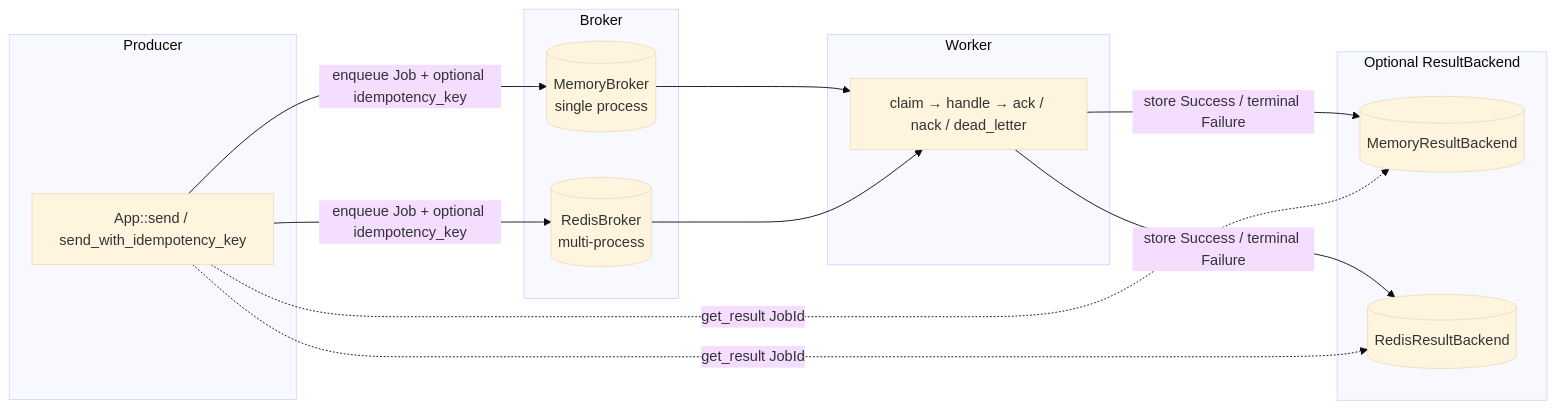
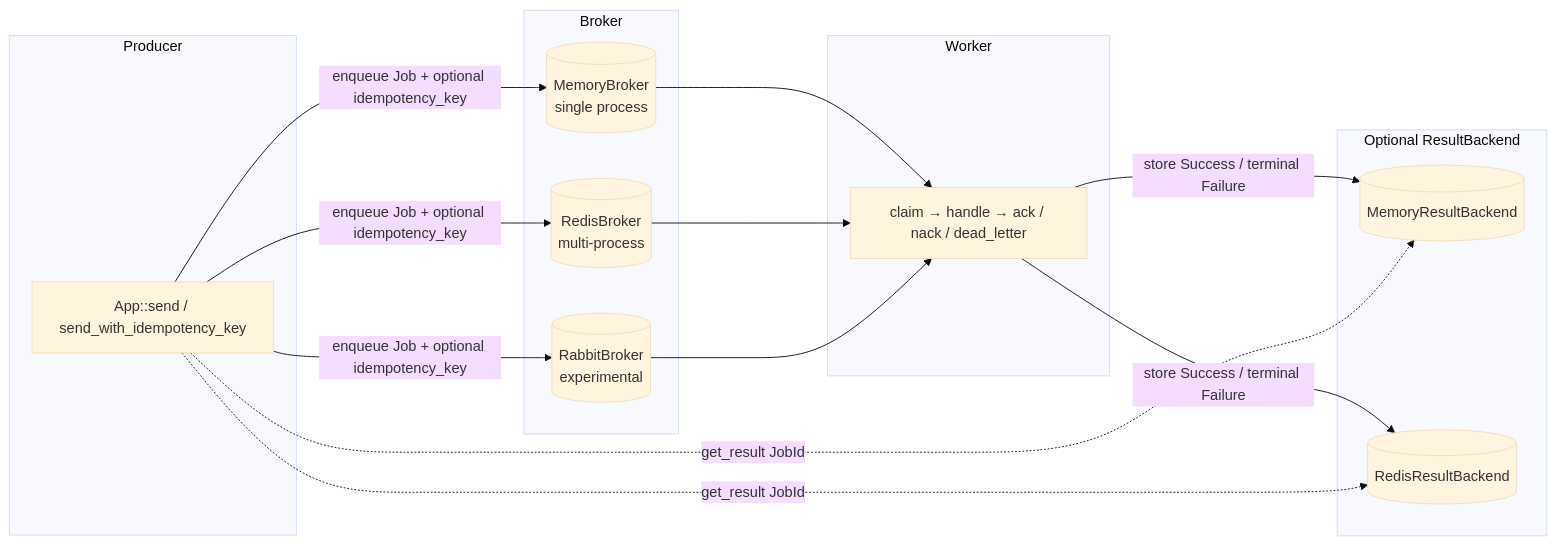
The first of 2 diagrams in docs/ARCHITECTURE.md (DavillyDevTeam/capivara-rs), drawn with Mermaid (base theme) before and after one commit. The commit also changed other lines of this file and 4 other files, not shown here.

````diff
--- a/docs/ARCHITECTURE.md
+++ b/docs/ARCHITECTURE.md
@@ -17,29 +17,32 @@
 ```mermaid
 flowchart LR
   subgraph Producer
     P[App::send / send_with_idempotency_key]
   end
 
   subgraph BrokerLayer["Broker"]
     MB[(MemoryBroker<br/>single process)]
     RB[(RedisBroker<br/>multi-process)]
+    QB[(RabbitBroker<br/>experimental)]
   end
 
   subgraph WorkerLayer["Worker"]
     W[claim → handle → ack / nack / dead_letter]
   end
 
   subgraph Results["Optional ResultBackend"]
     MR[(MemoryResultBackend)]
     RR[(RedisResultBackend)]
   end
 
   P -->|enqueue Job + optional idempotency_key| MB
   P -->|enqueue Job + optional idempotency_key| RB
+  P -->|enqueue Job + optional idempotency_key| QB
   MB --> W
   RB --> W
+  QB --> W
   W -->|store Success / terminal Failure| MR
   W -->|store Success / terminal Failure| RR
   P -.->|get_result JobId| MR
   P -.->|get_result JobId| RR
 ```
````
